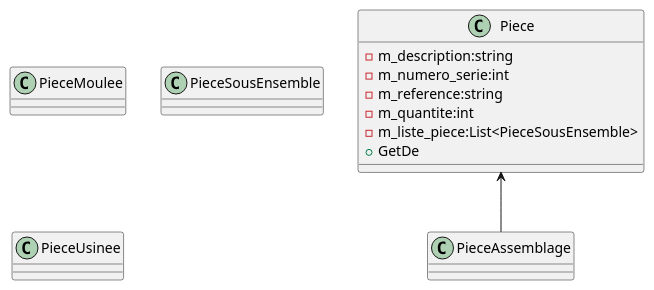
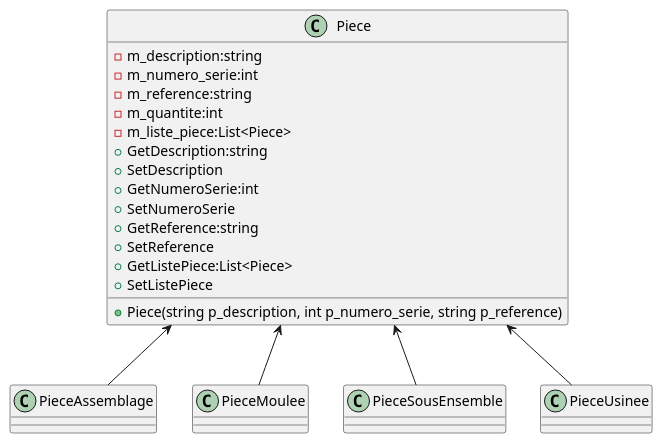
One commit to laurentfaggin/revision_poo1_piece changed the diagram in diagramme.puml. Above: the diagram before and after it, drawn with PlantUML.

Commit message:
diagramme

```diff
--- a/diagramme.puml
+++ b/diagramme.puml
@@ -1,20 +1,30 @@
 @startuml diagramme
 class Piece
 {
     -m_description:string
     -m_numero_serie:int
     -m_reference:string
     -m_quantite:int
-    -m_liste_piece:List<PieceSousEnsemble>
-    +GetDe
+    -m_liste_piece:List<Piece>
+    +GetDescription:string
+    +SetDescription
+    +GetNumeroSerie:int
+    +SetNumeroSerie
+    +GetReference:string
+    +SetReference
+    +GetListePiece:List<Piece>
+    +SetListePiece
+    +Piece(string p_description, int p_numero_serie, string p_reference)
+    
 }
 class PieceAssemblage
 class PieceMoulee
 class PieceSousEnsemble
 class PieceUsinee
 
-
-
 Piece <-- PieceAssemblage
+Piece <-- PieceMoulee
+Piece <-- PieceUsinee
+Piece <-- PieceSousEnsemble
 
 @enduml
```
